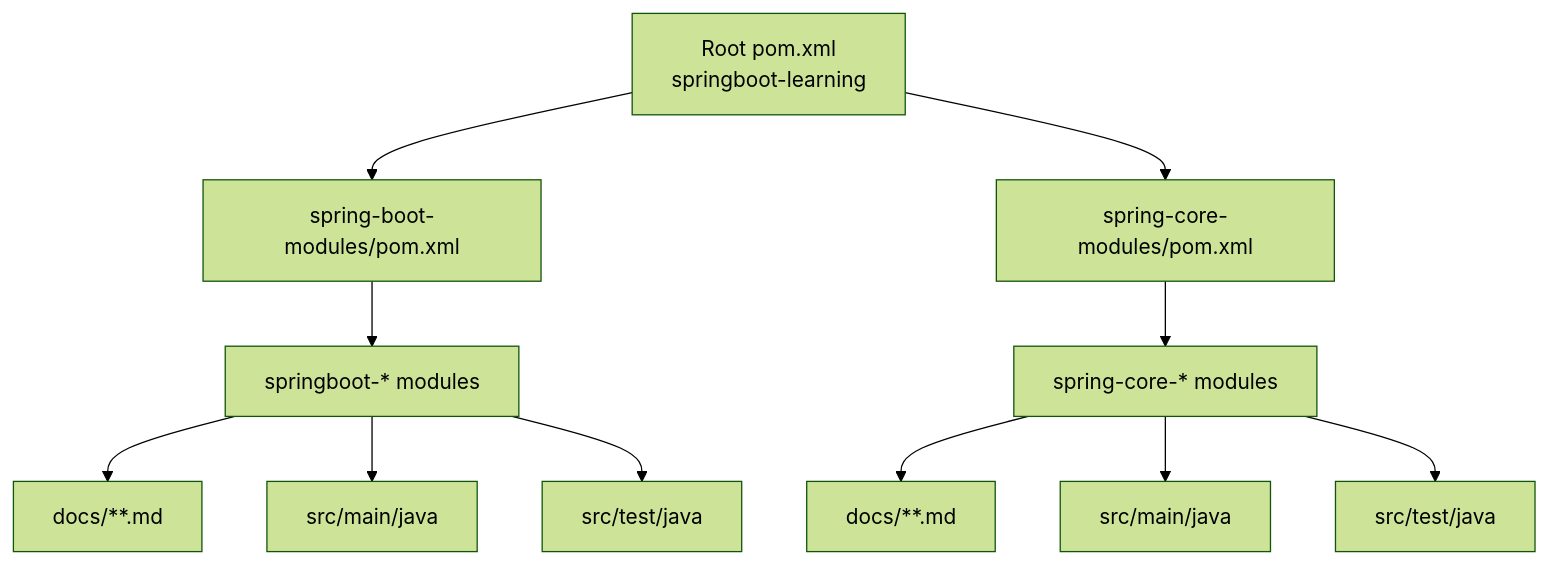
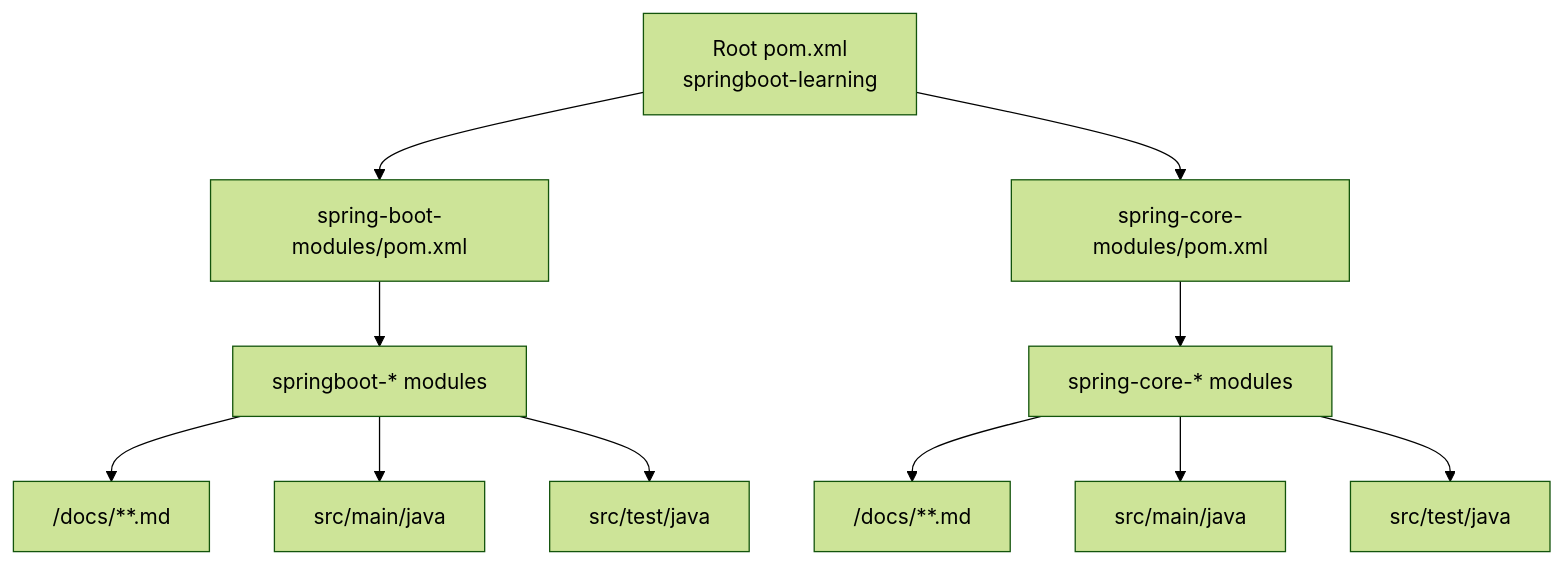
One commit to skt-shinyruo/springboot-leanrning changed the diagram in helloagents/wiki/arch.md. Above: the diagram before and after it, drawn with Mermaid (forest theme). The commit also changed 779 other files, not shown here.

````diff
--- a/helloagents/wiki/arch.md
+++ b/helloagents/wiki/arch.md
@@ -19,15 +19,15 @@
 ```mermaid
 flowchart TD
     Root[Root pom.xml<br/>springboot-learning] --> BootGroup[spring-boot-modules/pom.xml]
     Root --> CoreGroup[spring-core-modules/pom.xml]
 
     BootGroup --> BootM[springboot-* modules]
     CoreGroup --> CoreM[spring-core-* modules]
 
-    BootM --> Docs1[docs/**.md]
+    BootM --> Docs1[<module>/docs/**.md]
     BootM --> Code1[src/main/java]
     BootM --> Tests1[src/test/java]
-    CoreM --> Docs2[docs/**.md]
+    CoreM --> Docs2[<module>/docs/**.md]
     CoreM --> Code2[src/main/java]
     CoreM --> Tests2[src/test/java]
 ```
````
